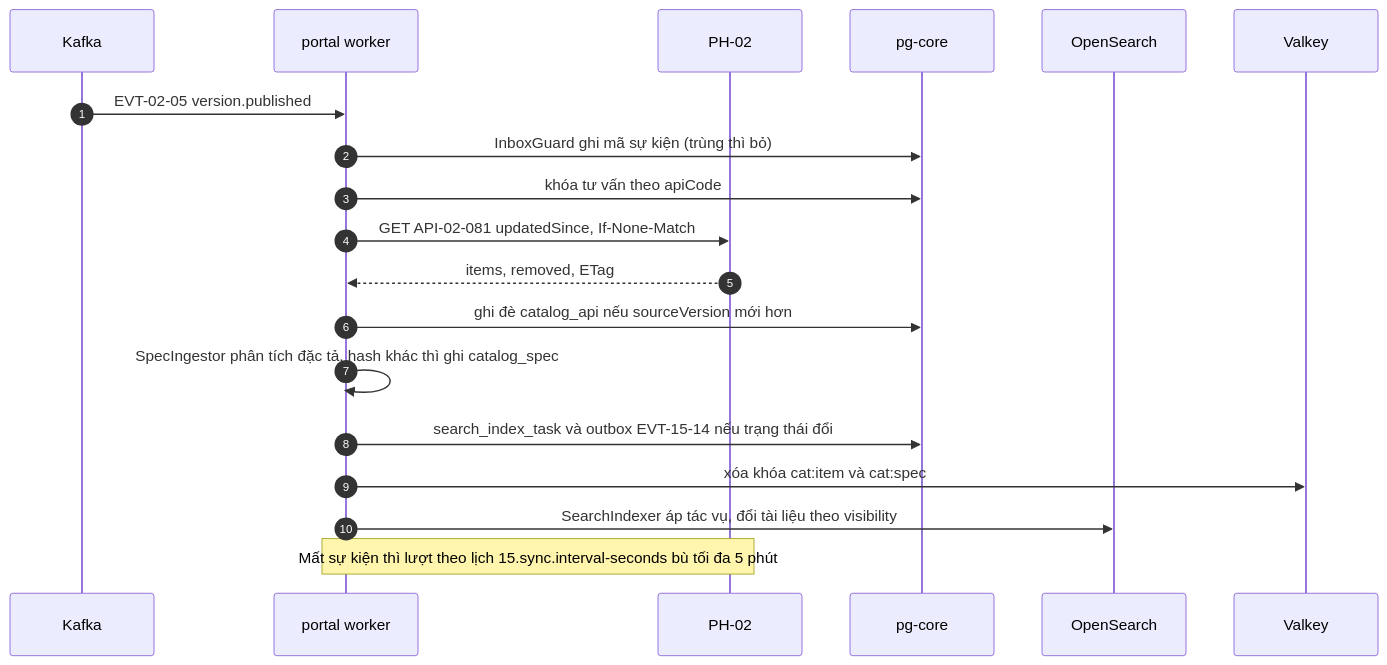
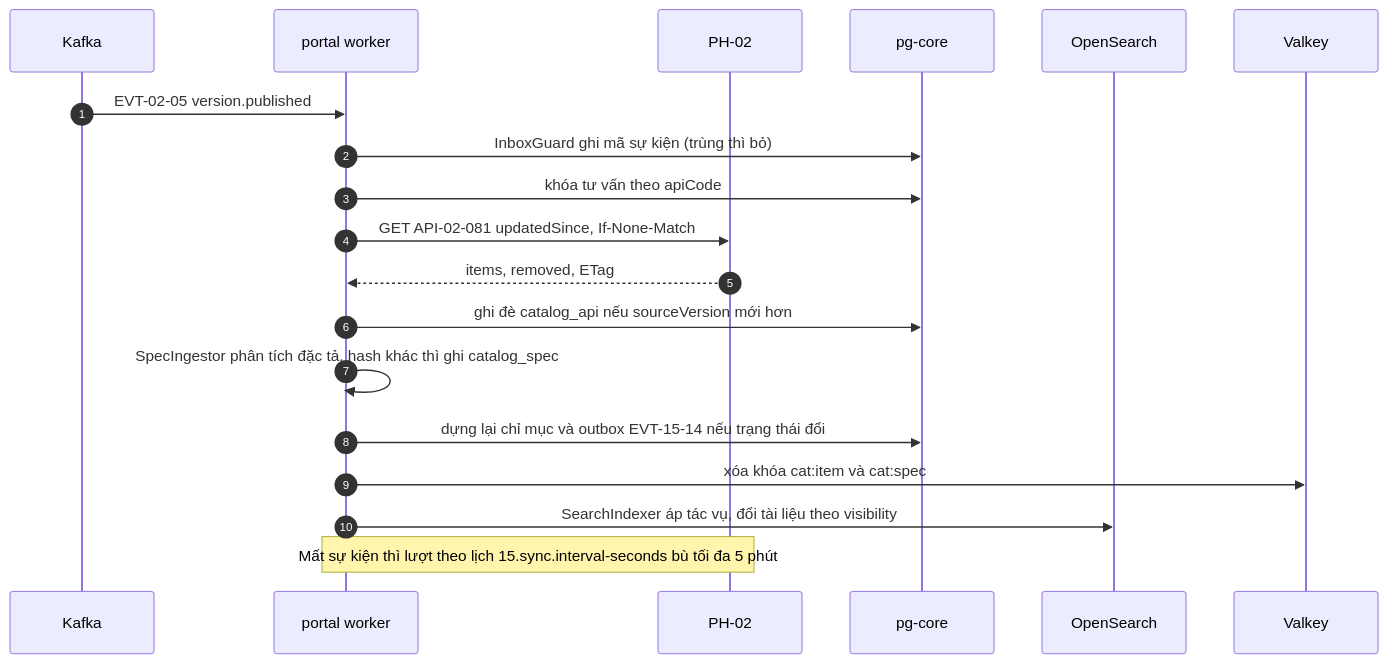
Before and after one commit to caprocute/DATAHUB: the third of 10 diagrams in datahub-docs/03-thiet-ke/sdd/D03-02-PH15-sdd-cong-nha-phat-trien.md, drawn with Mermaid. The commit also changed other lines of this file and 37 other files, not shown here.

````diff
--- a/datahub-docs/03-thiet-ke/sdd/D03-02-PH15-sdd-cong-nha-phat-trien.md
+++ b/datahub-docs/03-thiet-ke/sdd/D03-02-PH15-sdd-cong-nha-phat-trien.md
@@ -735,21 +735,21 @@
 ```{.mermaid caption="Đồng bộ danh mục từ sự kiện và kéo bù"}
 sequenceDiagram
   autonumber
   participant K as Kafka
   participant W as portal worker
   participant P as PH-02
   participant D as pg-core
   participant S as OpenSearch
   participant V as Valkey
   K->>W: EVT-02-05 version.published
   W->>D: InboxGuard ghi mã sự kiện (trùng thì bỏ)
   W->>D: khóa tư vấn theo apiCode
   W->>P: GET API-02-081 updatedSince, If-None-Match
   P-->>W: items, removed, ETag
   W->>D: ghi đè catalog_api nếu sourceVersion mới hơn
   W->>W: SpecIngestor phân tích đặc tả, hash khác thì ghi catalog_spec
-  W->>D: search_index_task và outbox EVT-15-14 nếu trạng thái đổi
+  W->>D: dựng lại chỉ mục và outbox EVT-15-14 nếu trạng thái đổi
   W->>V: xóa khóa cat:item và cat:spec
   W->>S: SearchIndexer áp tác vụ, đổi tài liệu theo visibility
   Note over W,P: Mất sự kiện thì lượt theo lịch 15.sync.interval-seconds bù tối đa 5 phút
 ```
````
